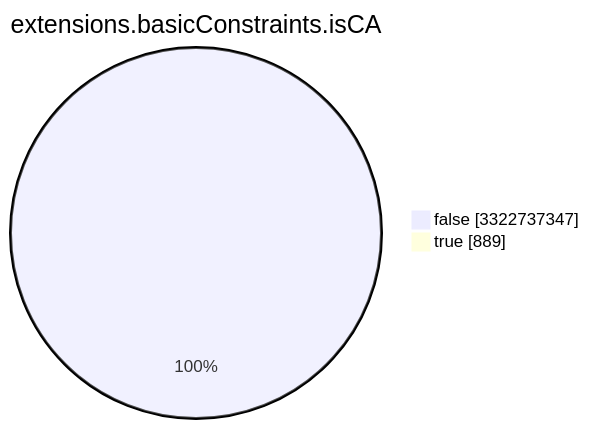
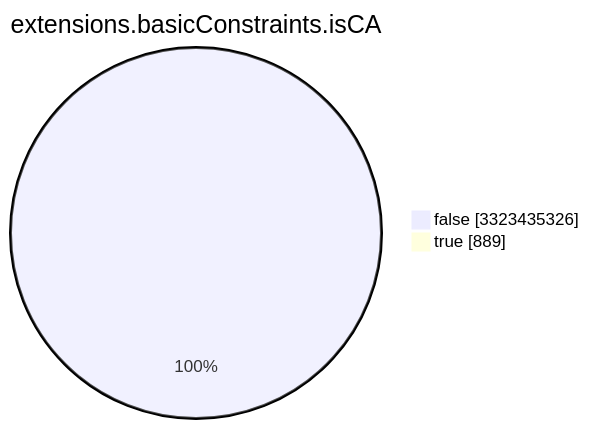
Before and after one commit to christiankrug/ctmonitor_visualization: the seventh of 15 diagrams in TOTAL/README.md, drawn with Mermaid. The commit also changed other lines of this file, not shown here.

````diff
--- a/TOTAL/README.md
+++ b/TOTAL/README.md
@@ -3089,6 +3089,6 @@
 ```mermaid
 pie showData
 title extensions.basicConstraints.isCA
-"false" :3322737347
+"false" :3323435326
 "true" :889
 ```
````
